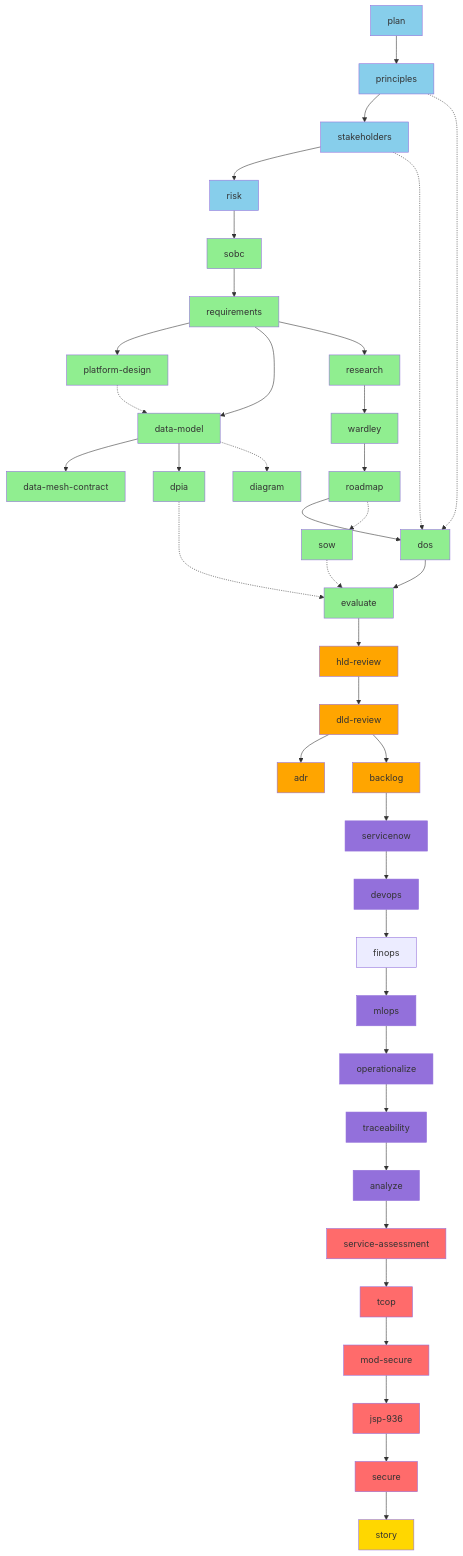
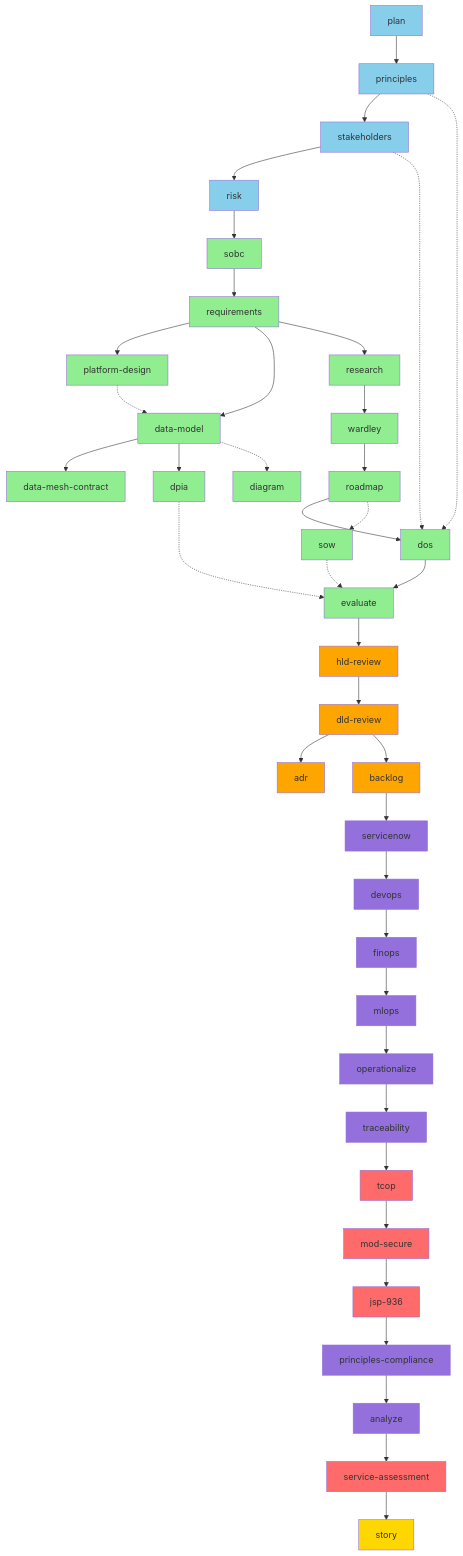
The fifth of 9 diagrams in WORKFLOW-DIAGRAMS.md (tractorjuice/arckit-test-project-v8-ons-data-platform), drawn with Mermaid before and after one commit. The commit also changed other lines of this file and 1 other file, not shown here.

Commit message:
chore: sync DEPENDENCY-MATRIX.md and WORKFLOW-DIAGRAMS.md from arc-kit

````diff
--- a/WORKFLOW-DIAGRAMS.md
+++ b/WORKFLOW-DIAGRAMS.md
@@ -452,17 +464,17 @@
     W1a --> W2[mlops]
     W2 --> W3[operationalize]
     W3 --> X[traceability]
-    X --> Y[analyze]
 
     %% Tier 10: MOD + AI Compliance
+    X --> X1[tcop]
+    X1 --> X2[mod-secure]
+    X2 --> X3[jsp-936]
+    X3 --> X4[principles-compliance]
+    X4 --> Y[analyze]
     Y --> Z[service-assessment]
-    Z --> Z1[tcop]
-    Z1 --> Z2[mod-secure]
-    Z2 --> Z3[jsp-936]
-    Z3 --> Z4[secure]
 
     %% Tier 11: Reporting
-    Z4 --> AA[story]
+    Z --> AA[story]
 
     style A fill:#87CEEB
     style B fill:#87CEEB
@@ -487,14 +499,15 @@
     style V fill:#90EE90
     style W fill:#9370DB
     style W1 fill:#9370DB
+    style W1a fill:#9370DB
     style W2 fill:#9370DB
     style W3 fill:#9370DB
     style X fill:#9370DB
+    style X1 fill:#FF6B6B
+    style X2 fill:#FF6B6B
+    style X3 fill:#FF6B6B
+    style X4 fill:#9370DB
     style Y fill:#9370DB
     style Z fill:#FF6B6B
-    style Z1 fill:#FF6B6B
-    style Z2 fill:#FF6B6B
-    style Z3 fill:#FF6B6B
-    style Z4 fill:#FF6B6B
     style AA fill:#FFD700
 ```
````
